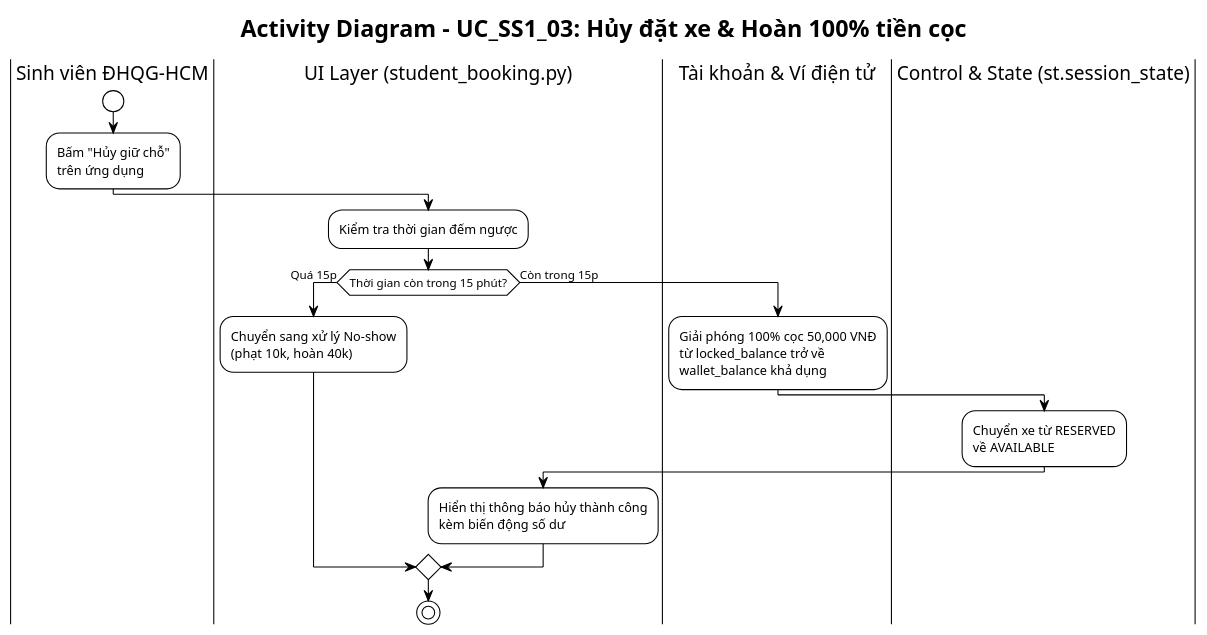
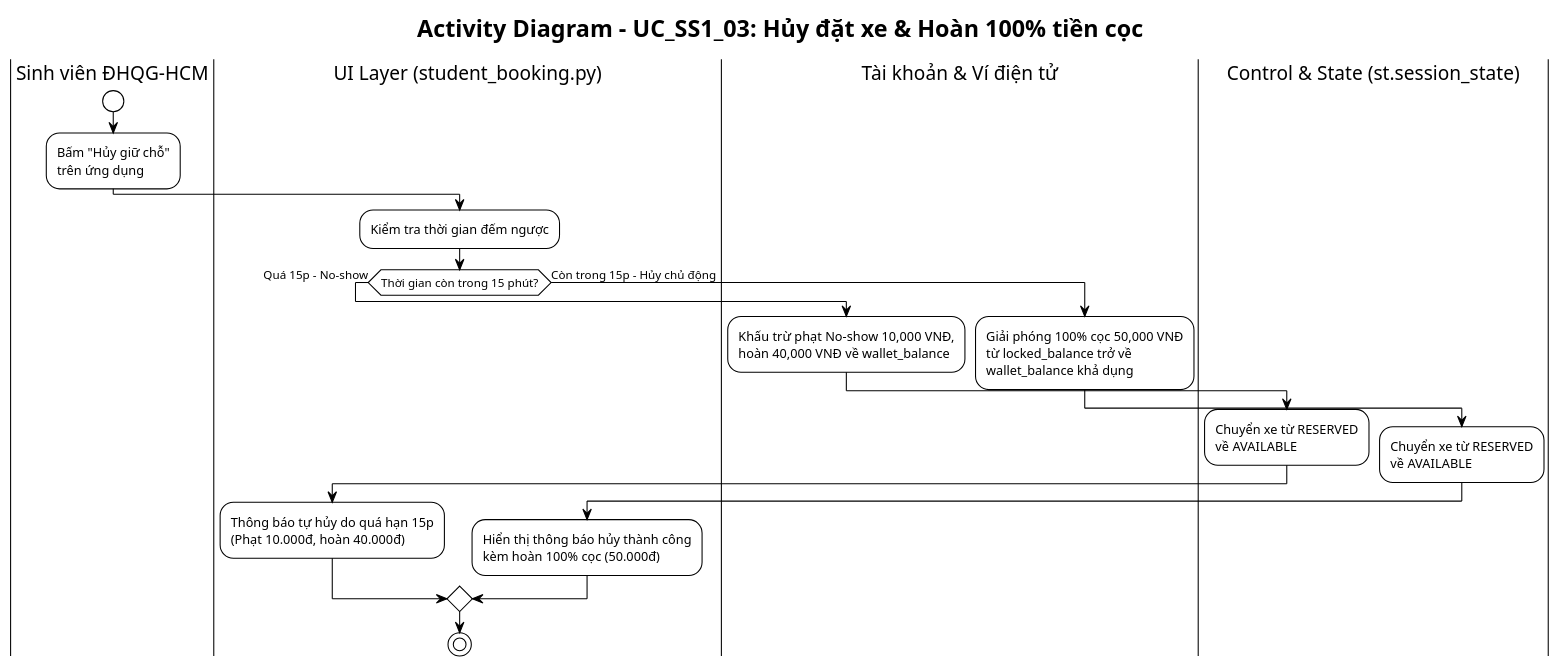
One commit to Dat-nguyen195/BTL_1_CNPM changed the diagram in docs/diagrams/Use-case detail-scenario/SS1/Activity diagrams/UC_SS1_03_NguyenThanhDat_activity.puml. Above: the diagram before and after it, drawn with PlantUML. The commit also changed 3 other files, not shown here.

```diff
--- a/docs/diagrams/Use-case detail-scenario/SS1/Activity diagrams/UC_SS1_03_NguyenThanhDat_activity.puml
+++ b/docs/diagrams/Use-case detail-scenario/SS1/Activity diagrams/UC_SS1_03_NguyenThanhDat_activity.puml
@@ -1,28 +1,35 @@
 @startuml UC_SS1_03_NguyenThanhDat_activity
 !theme plain
 skinparam activityMessageAlign center
 
 title Activity Diagram - UC_SS1_03: Hủy đặt xe & Hoàn 100% tiền cọc
 
 |Sinh viên ĐHQG-HCM|
 start
 :Bấm "Hủy giữ chỗ"\ntrên ứng dụng;
 
 |UI Layer (student_booking.py)|
 :Kiểm tra thời gian đếm ngược;
 
-if (Thời gian còn trong 15 phút?) then (Quá 15p)
-  :Chuyển sang xử lý No-show\n(phạt 10k, hoàn 40k);
-else (Còn trong 15p)
+if (Thời gian còn trong 15 phút?) then (Quá 15p - No-show)
+  |Tài khoản & Ví điện tử|
+  :Khấu trừ phạt No-show 10,000 VNĐ,\nhoàn 40,000 VNĐ về wallet_balance;
+  
+  |Control & State (st.session_state)|
+  :Chuyển xe từ RESERVED\nvề AVAILABLE;
+  
+  |UI Layer (student_booking.py)|
+  :Thông báo tự hủy do quá hạn 15p\n(Phạt 10.000đ, hoàn 40.000đ);
+else (Còn trong 15p - Hủy chủ động)
   |Tài khoản & Ví điện tử|
   :Giải phóng 100% cọc 50,000 VNĐ\ntừ locked_balance trở về\nwallet_balance khả dụng;
   
   |Control & State (st.session_state)|
   :Chuyển xe từ RESERVED\nvề AVAILABLE;
   
   |UI Layer (student_booking.py)|
-  :Hiển thị thông báo hủy thành công\nkèm biến động số dư;
+  :Hiển thị thông báo hủy thành công\nkèm hoàn 100% cọc (50.000đ);
 endif
 stop
 
 @enduml
```
